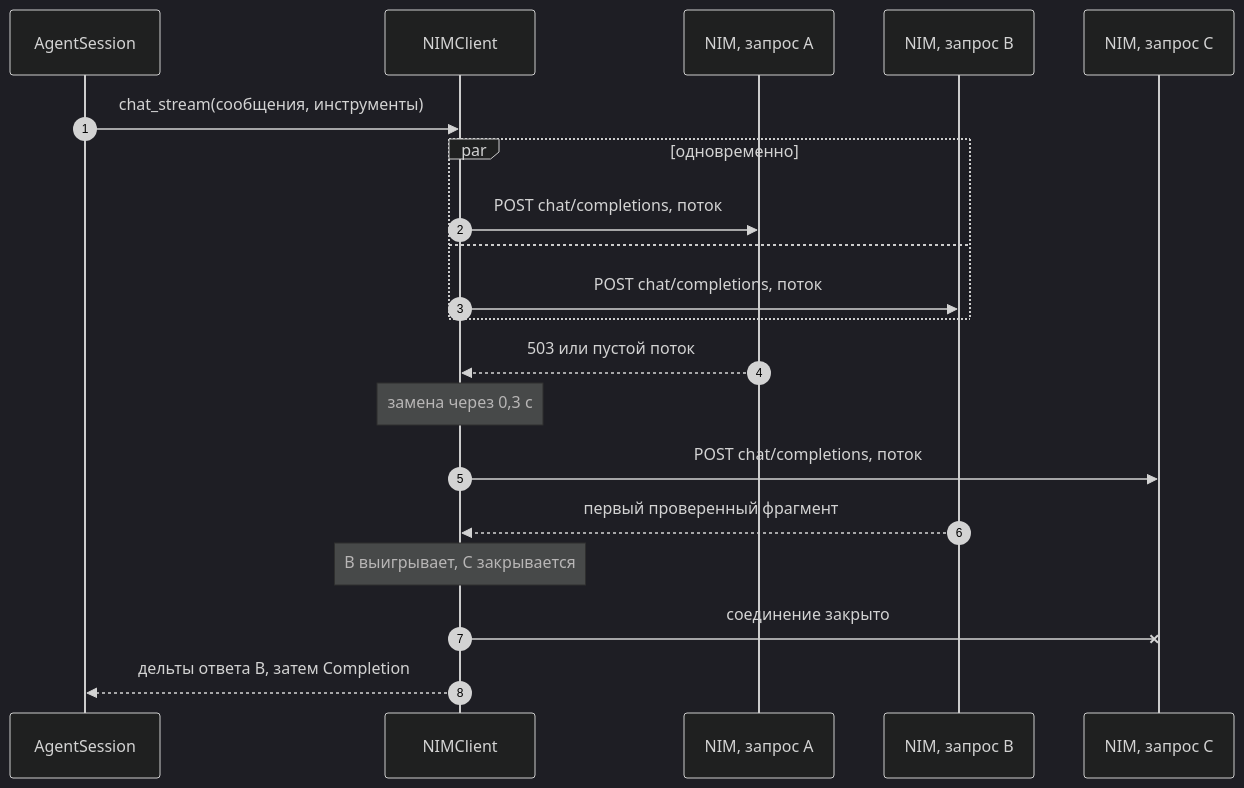
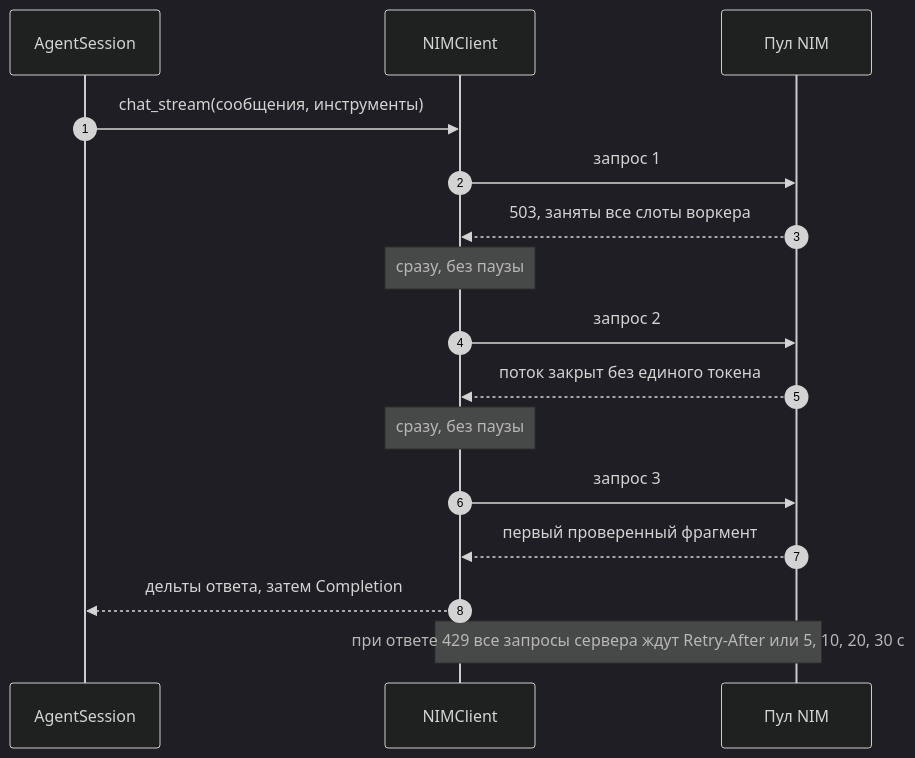
The sixth of 7 diagrams in README.md (ALeksandr13254/NemoAgent), drawn with Mermaid (dark theme) before and after one commit. The commit also changed other lines of this file and 5 other files, not shown here.

First line of the commit message:
Запросы к NIM: по одному, мгновенный повтор, ожидание только при 429

````diff
--- a/README.md
+++ b/README.md
@@ -411,23 +412,19 @@
 ```mermaid
 sequenceDiagram
     autonumber
     participant S as AgentSession
     participant N as NIMClient
-    participant A as NIM, запрос A
-    participant B as NIM, запрос B
-    participant C as NIM, запрос C
+    participant P as Пул NIM
 
     S->>N: chat_stream(сообщения, инструменты)
-    par одновременно
-        N->>A: POST chat/completions, поток
-    and
-        N->>B: POST chat/completions, поток
-    end
-    A-->>N: 503 или пустой поток
-    Note over N: замена через 0,3 с
-    N->>C: POST chat/completions, поток
-    B-->>N: первый проверенный фрагмент
-    Note over N: B выигрывает, C закрывается
-    N-xC: соединение закрыто
-    N-->>S: дельты ответа B, затем Completion
+    N->>P: запрос 1
+    P-->>N: 503, заняты все слоты воркера
+    Note over N: сразу, без паузы
+    N->>P: запрос 2
+    P-->>N: поток закрыт без единого токена
+    Note over N: сразу, без паузы
+    N->>P: запрос 3
+    P-->>N: первый проверенный фрагмент
+    N-->>S: дельты ответа, затем Completion
+    Note over N,P: при ответе 429 все запросы сервера ждут Retry-After или 5, 10, 20, 30 с
 ```
````
